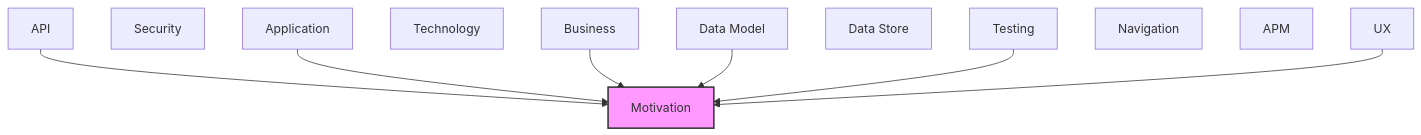
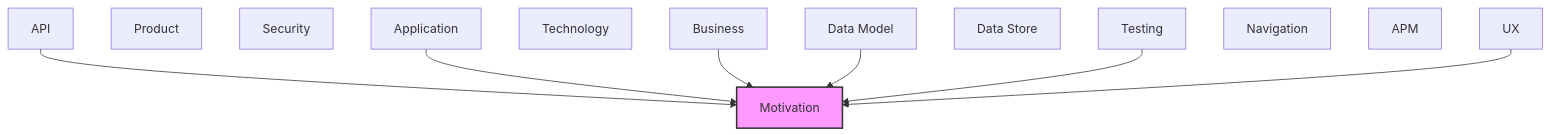
The second of 2 diagrams in documentation-robotics/reports/01-motivation-layer-report.md (tinkermonkey/documentation_robotics_viewer), drawn with Mermaid before and after one commit. The commit also changed other lines of this file and 47 other files, not shown here.

````diff
--- a/documentation-robotics/reports/01-motivation-layer-report.md
+++ b/documentation-robotics/reports/01-motivation-layer-report.md
@@ -85,23 +81,24 @@
 ```mermaid
 flowchart TB
   classDef current fill:#f9f,stroke:#333,stroke-width:2px
   motivation["Motivation"]
   business["Business"]
+  product["Product"]
   security["Security"]
   application["Application"]
   technology["Technology"]
   api["API"]
   data_model["Data Model"]
   data_store["Data Store"]
   ux["UX"]
   navigation["Navigation"]
   apm["APM"]
   testing["Testing"]
   api --> motivation
   application --> motivation
   business --> motivation
   data_model --> motivation
   testing --> motivation
   ux --> motivation
   class motivation current
 ```
````
